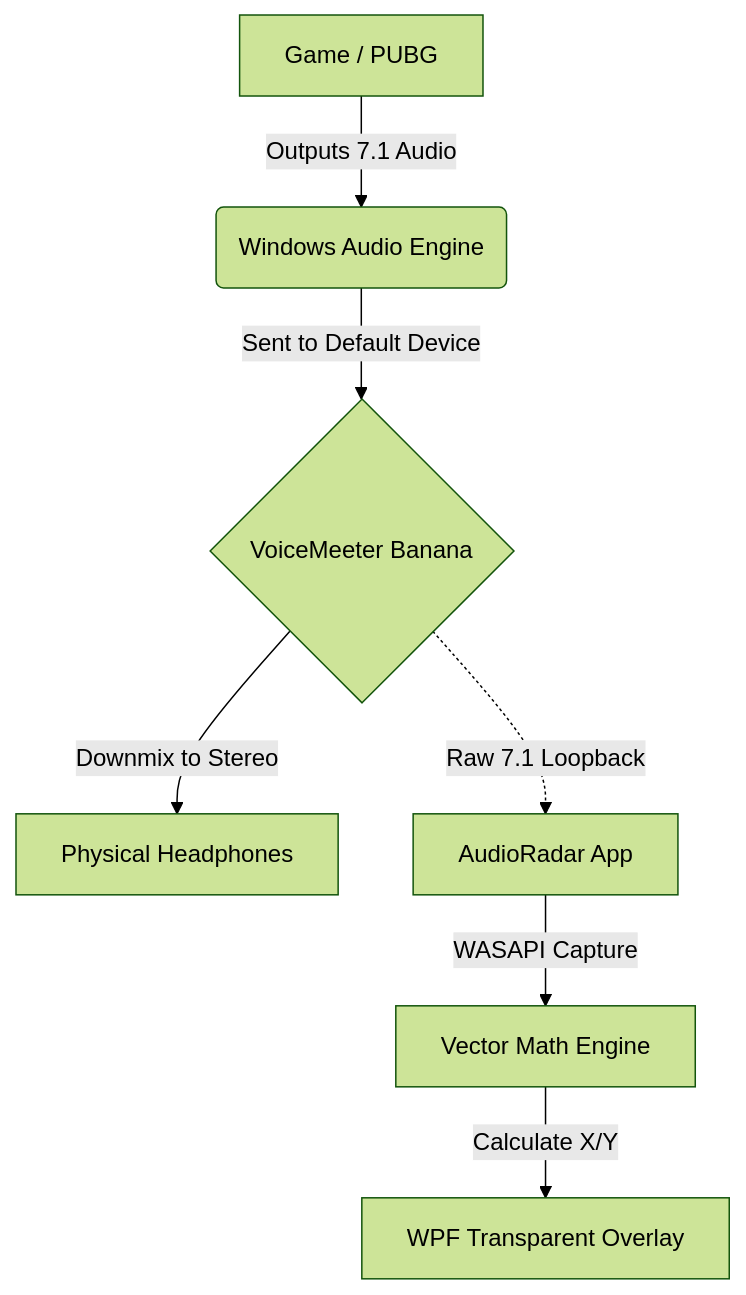
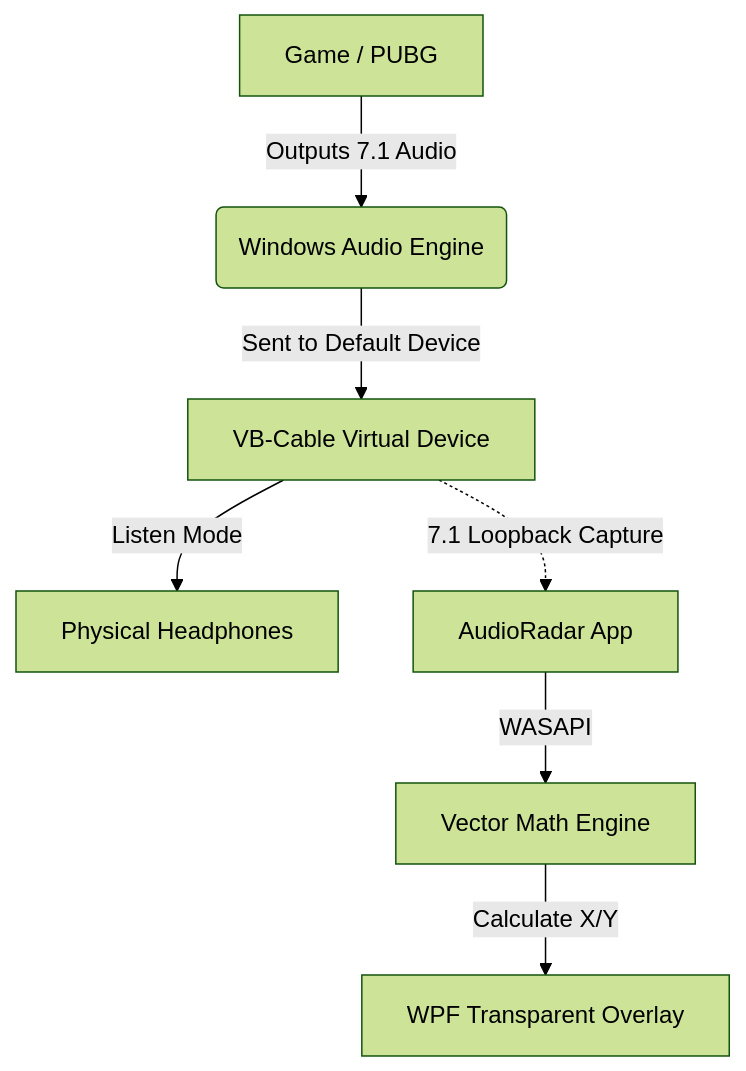
Before and after one commit to KunwarPrabhat/OneDirection: the diagram in README.md, drawn with Mermaid (forest theme). The commit also changed other lines of this file and 31 other files, not shown here.

````diff
--- a/README.md
+++ b/README.md
@@ -37,9 +40,9 @@
 ```mermaid
 graph TD
     A[Game / PUBG] -->|Outputs 7.1 Audio| B(Windows Audio Engine)
-    B -->|Sent to Default Device| C{VoiceMeeter Banana}
-    C -->|Downmix to Stereo| D[Physical Headphones]
-    C -.->|Raw 7.1 Loopback| E[AudioRadar App]
-    E -->|WASAPI Capture| F[Vector Math Engine]
+    B -->|Sent to Default Device| C[VB-Cable Virtual Device]
+    C -->|Listen Mode| D[Physical Headphones]
+    C -.->|7.1 Loopback Capture| E[AudioRadar App]
+    E -->|WASAPI| F[Vector Math Engine]
     F -->|Calculate X/Y| G[WPF Transparent Overlay]
 ```
````
